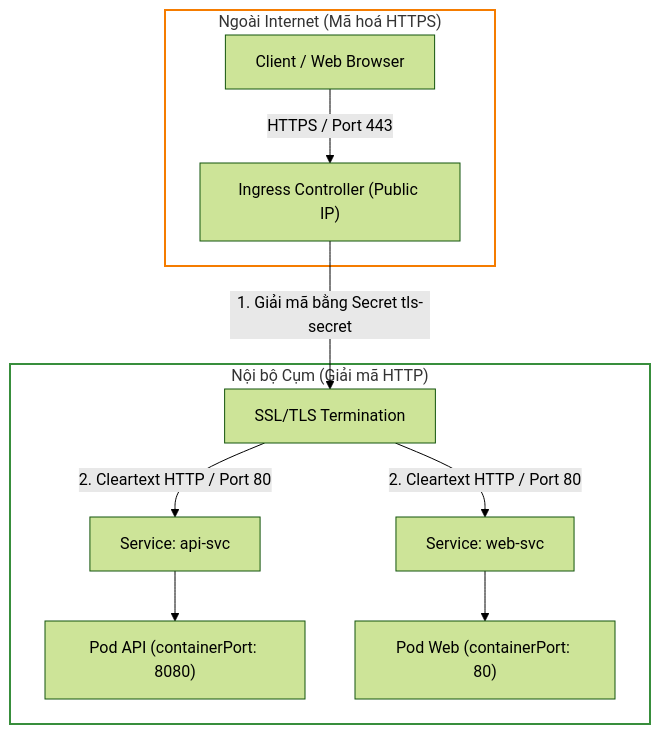
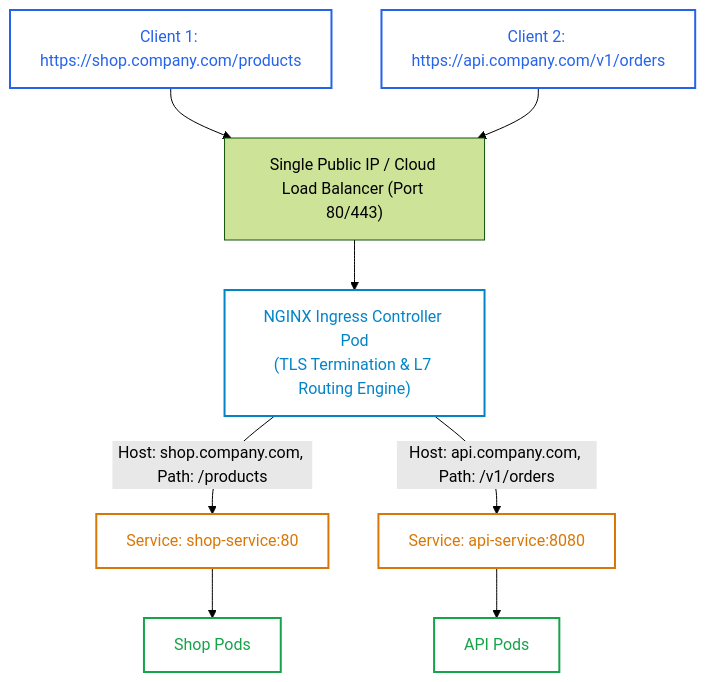
Before and after one commit to kiennt308/ntk: the first of 3 diagrams in _posts/2026-09-12-cka-24-24-ingress-va-gateway-api.md, drawn with Mermaid (forest theme). The commit also changed other lines of this file and 39 other files, not shown here.

````diff
--- a/_posts/2026-09-12-cka-24-24-ingress-va-gateway-api.md
+++ b/_posts/2026-09-12-cka-24-24-ingress-va-gateway-api.md
@@ -174,17 +47,18 @@
 ```mermaid
-graph TD
-    subgraph External_World ["Ngoài Internet (Mã hoá HTTPS)"]
-        CLIENT["Client / Web Browser"] -->|"HTTPS / Port 443"| TLS_ING["Ingress Controller (Public IP)"]
-    end
+flowchart TD
+    classDef ext fill:none,stroke:#2563eb,stroke-width:2px,color:#2563eb;
+    classDef ing fill:none,stroke:#0284c7,stroke-width:2px,color:#0284c7;
+    classDef svc fill:none,stroke:#d97706,stroke-width:2px,color:#d97706;
+    classDef pod fill:none,stroke:#16a34a,stroke-width:2px,color:#16a34a;
 
-    subgraph Cluster_Internal ["Nội bộ Cụm (Giải mã HTTP)"]
-        TLS_ING -->|"1. Giải mã bằng Secret tls-secret"| DECRYPT["SSL/TLS Termination"]
-        DECRYPT -->|"2. Cleartext HTTP / Port 80"| SVC_API["Service: api-svc"]
-        DECRYPT -->|"2. Cleartext HTTP / Port 80"| SVC_WEB["Service: web-svc"]
-        SVC_API --> POD_API["Pod API (containerPort: 8080)"]
-        SVC_WEB --> POD_WEB["Pod Web (containerPort: 80)"]
-    end
+    User1["Client 1: https://shop.company.com/products"]:::ext --> PublicIP["Single Public IP / Cloud Load Balancer (Port 80/443)"]
+    User2["Client 2: https://api.company.com/v1/orders"]:::ext --> PublicIP
 
-    style External_World fill:none,stroke:#f57c00,stroke-width:2px
-    style Cluster_Internal fill:none,stroke:#388e3c,stroke-width:2px
+    PublicIP --> IngressCtrl["NGINX Ingress Controller Pod<br>(TLS Termination & L7 Routing Engine)"]:::ing
+
+    IngressCtrl -->|Host: shop.company.com, Path: /products| SvcShop["Service: shop-service:80"]:::svc
+    IngressCtrl -->|Host: api.company.com, Path: /v1/orders| SvcAPI["Service: api-service:8080"]:::svc
+
+    SvcShop --> PodShop["Shop Pods"]:::pod
+    SvcAPI --> PodAPI["API Pods"]:::pod
 ```
````
